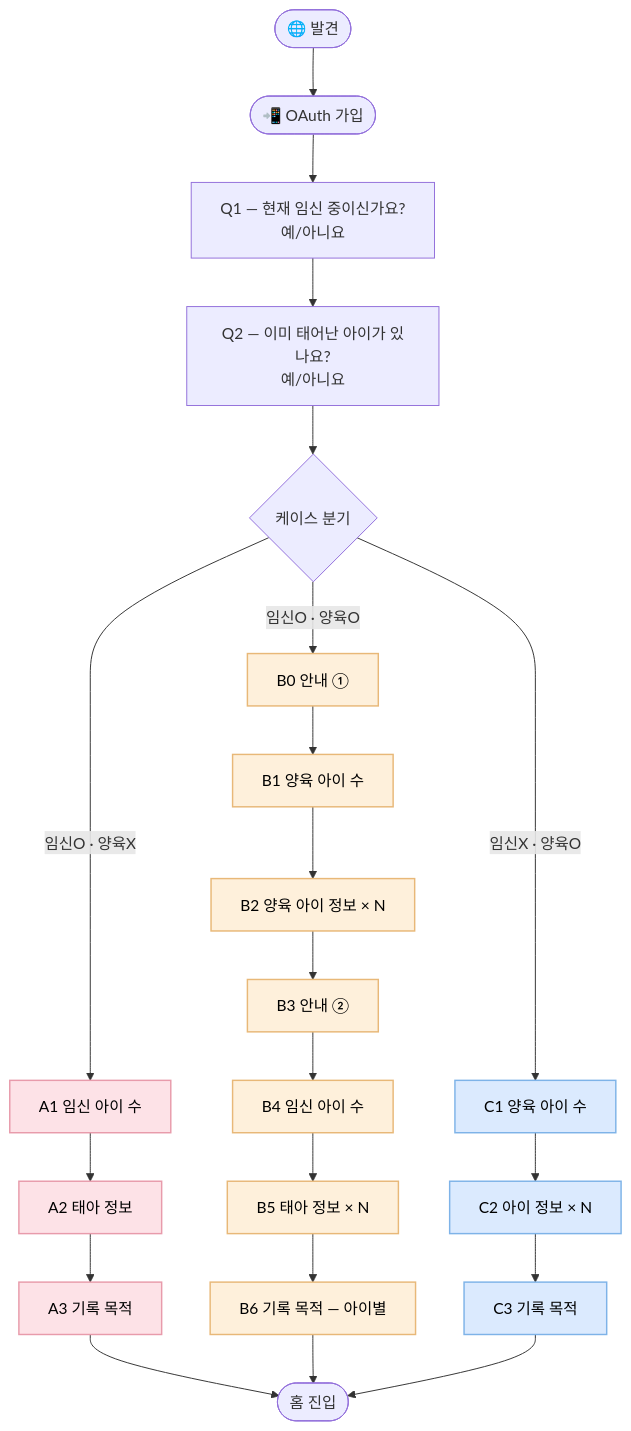
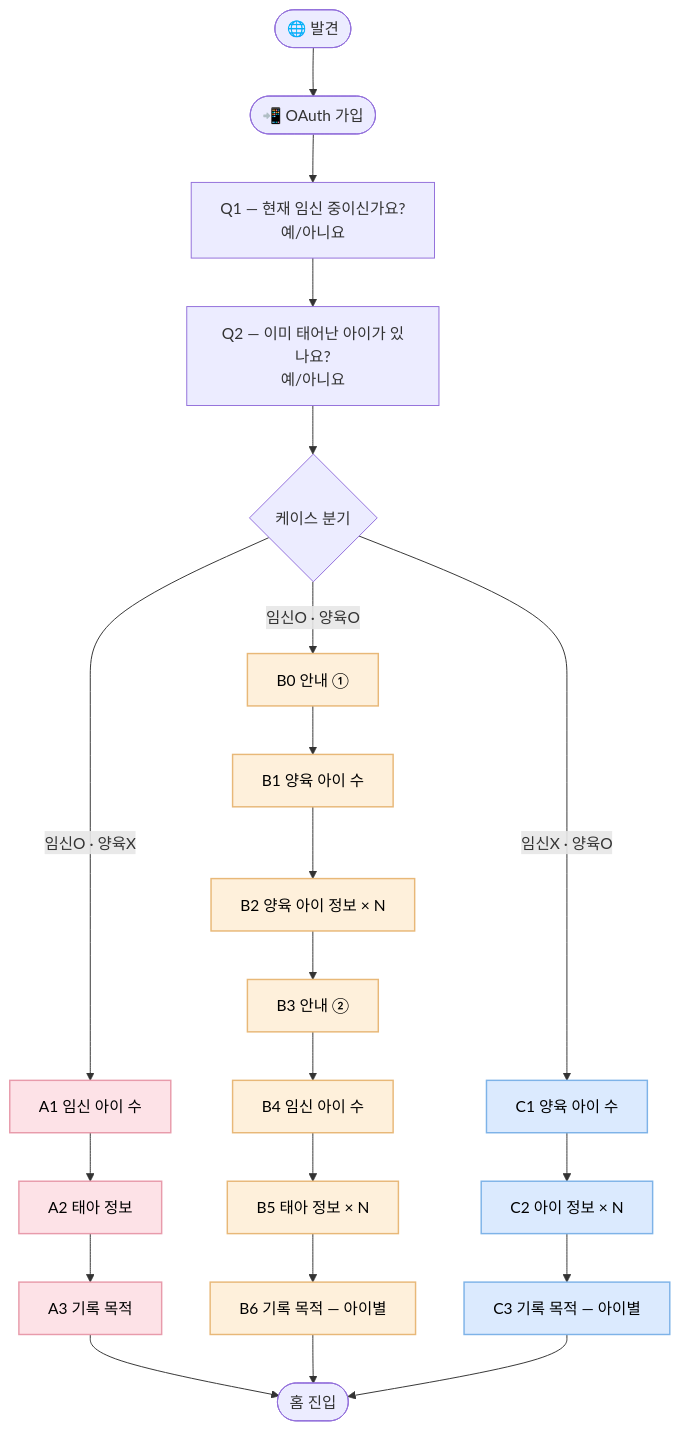
The diagram in docs/journeys/onboarding-journey.md (dlddu/dear-baby), drawn with Mermaid before and after one commit. The commit also changed other lines of this file and 6 other files, not shown here.

````diff
--- a/docs/journeys/onboarding-journey.md
+++ b/docs/journeys/onboarding-journey.md
@@ -27,34 +27,34 @@
 ```mermaid
 flowchart TD
     S1([🌐 발견]) --> S2([📲 OAuth 가입])
     S2 --> Q1["Q1 — 현재 임신 중이신가요?<br/>예/아니요"]
     Q1 --> Q2["Q2 — 이미 태어난 아이가 있나요?<br/>예/아니요"]
     Q2 --> Branch{케이스 분기}
 
     Branch -- "임신O · 양육X" --> A1[A1 임신 아이 수]
     A1 --> A2[A2 태아 정보]
     A2 --> A3[A3 기록 목적]
 
     Branch -- "임신O · 양육O" --> B0[B0 안내 ①]
     B0 --> B1[B1 양육 아이 수]
     B1 --> B2[B2 양육 아이 정보 × N]
     B2 --> B3[B3 안내 ②]
     B3 --> B4[B4 임신 아이 수]
     B4 --> B5[B5 태아 정보 × N]
     B5 --> B6[B6 기록 목적 — 아이별]
 
     Branch -- "임신X · 양육O" --> C1[C1 양육 아이 수]
     C1 --> C2[C2 아이 정보 × N]
-    C2 --> C3[C3 기록 목적]
+    C2 --> C3[C3 기록 목적 — 아이별]
 
     A3 --> Done([홈 진입])
     B6 --> Done
     C3 --> Done
 
     classDef caseA fill:#fde2e7,stroke:#e89bab,stroke-width:1.5px,color:#000
     classDef caseB fill:#fef0db,stroke:#e8b878,stroke-width:1.5px,color:#000
     classDef caseC fill:#dbeafe,stroke:#7eb3e8,stroke-width:1.5px,color:#000
     class A1,A2,A3 caseA
     class B0,B1,B2,B3,B4,B5,B6 caseB
     class C1,C2,C3 caseC
 ```
````
